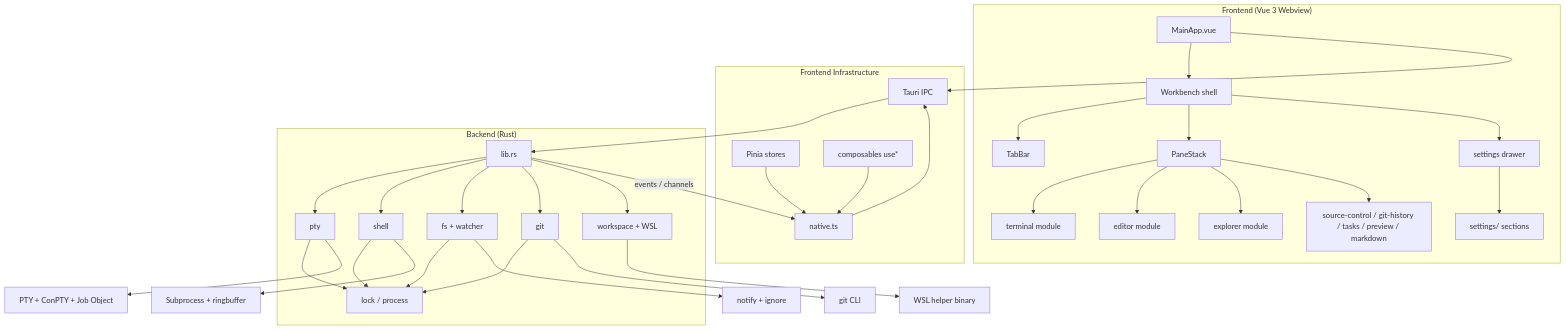
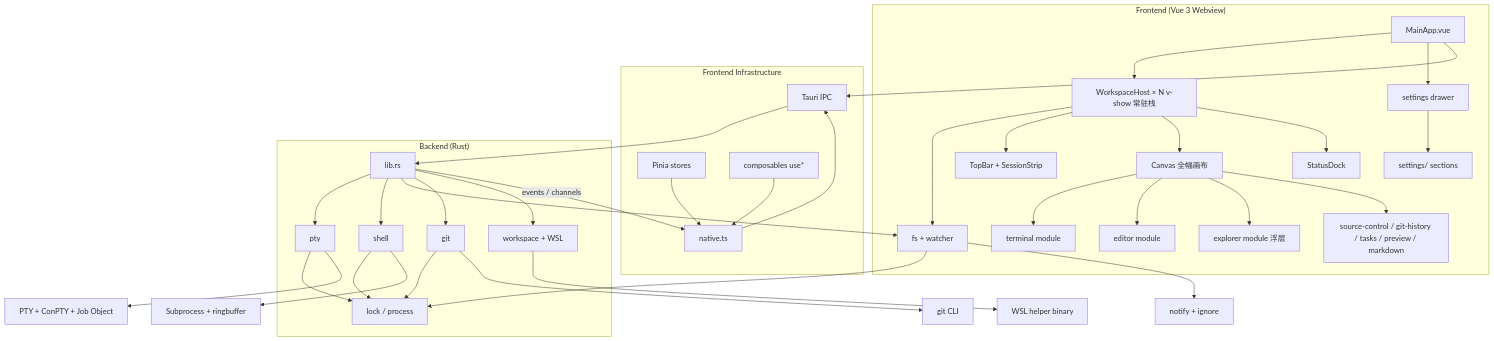
The first of 3 diagrams in docs/architecture/overview.md (xinggaoya/nexterm), drawn with Mermaid before and after one commit. The commit also changed 2 other files, not shown here.

Commit message:
docs: 架构文档与 AGENTS.md 同步终端优先壳层 v3

````diff
--- a/docs/architecture/overview.md
+++ b/docs/architecture/overview.md
@@ -28,41 +28,43 @@
 ```mermaid
 graph TB
     subgraph "Frontend (Vue 3 Webview)"
-        A[MainApp.vue] --> B[Workbench shell]
-        B --> C[TabBar]
-        B --> D[PaneStack]
-        D --> E[terminal module]
-        D --> F[editor module]
-        D --> G[explorer module]
-        D --> H[source-control / git-history / tasks / preview / markdown]
-        B --> I[settings drawer]
+        A[MainApp.vue] --> B[WorkspaceHost × N v-show 常驻栈]
+        B --> R[Rail 工作区轨道]
+        B --> T2[TopBar + SessionStrip]
+        B --> C[Canvas 全幅画布]
+        C --> E[terminal module]
+        C --> F[editor module]
+        C --> G[explorer module 浮层]
+        C --> H[source-control / git-history / tasks / preview / markdown]
+        B --> SD[StatusDock]
+        A --> I[settings drawer]
         I --> J[settings/ sections]
     end
 
     subgraph "Frontend Infrastructure"
         K[Pinia stores] --> L[native.ts]
         M[composables use*] --> L
         L --> N[Tauri IPC]
     end
 
     subgraph "Backend (Rust)"
         O[lib.rs] --> P[pty]
         O --> Q[shell]
         O --> R[fs + watcher]
         O --> S[git]
         O --> T[workspace + WSL]
         P --> U[lock / process]
         Q --> U
         R --> U
         S --> U
     end
 
     A --> N
     N --> O
     O -->|events / channels| L
     P --> V[PTY + ConPTY + Job Object]
     Q --> W[Subprocess + ringbuffer]
     R --> X[notify + ignore]
     S --> Y[git CLI]
     T --> Z[WSL helper binary]
 ```
````
